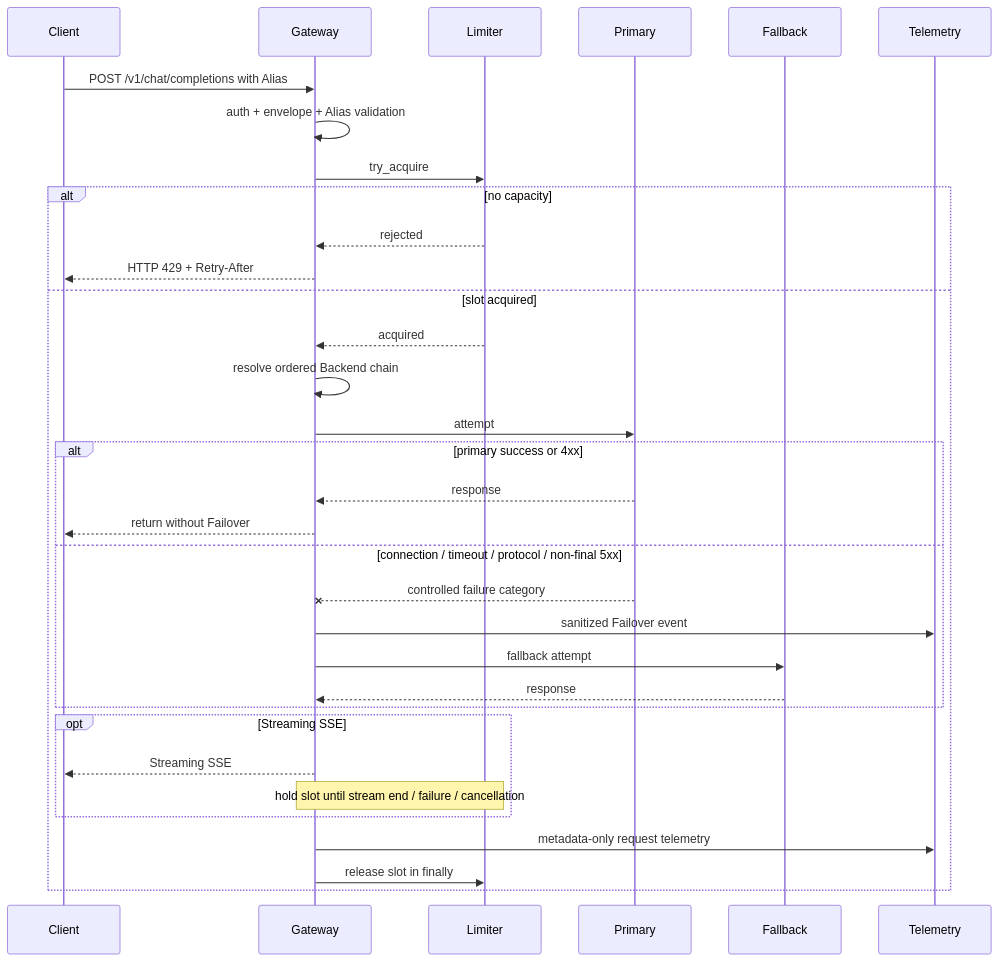
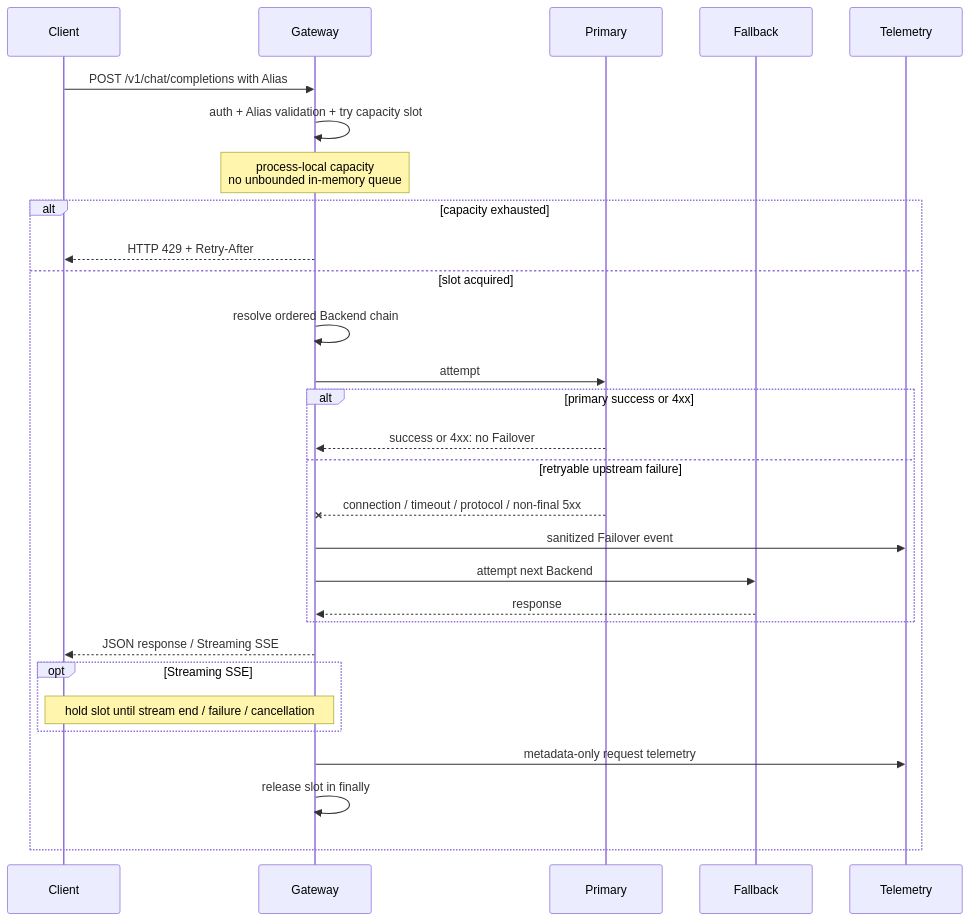
One commit to kuotunyu/local-inference-bench-gateway changed the second of 3 diagrams in README.md. Above: the diagram before and after it, drawn with Mermaid. The commit also changed other lines of this file and 1 other file, not shown here.

Commit message:
docs: improve README diagram readability

````diff
--- a/README.md
+++ b/README.md
@@ -71,36 +81,33 @@
 ```mermaid
+%%{init: {"themeVariables": {"fontSize": "17px"}, "sequence": {"actorFontSize": 17, "messageFontSize": 17, "noteFontSize": 16}}}%%
 sequenceDiagram
     participant Client
     participant Gateway
-    participant Limiter
     participant Primary
     participant Fallback
     participant Telemetry
 
     Client->>Gateway: POST /v1/chat/completions with Alias
-    Gateway->>Gateway: auth + envelope + Alias validation
-    Gateway->>Limiter: try_acquire
-    alt no capacity
-        Limiter-->>Gateway: rejected
+    Gateway->>Gateway: auth + Alias validation + try capacity slot
+    Note over Gateway: process-local capacity<br/>no unbounded in-memory queue
+    alt capacity exhausted
         Gateway-->>Client: HTTP 429 + Retry-After
     else slot acquired
-        Limiter-->>Gateway: acquired
         Gateway->>Gateway: resolve ordered Backend chain
         Gateway->>Primary: attempt
         alt primary success or 4xx
-            Primary-->>Gateway: response
-            Gateway-->>Client: return without Failover
-        else connection / timeout / protocol / non-final 5xx
-            Primary--xGateway: controlled failure category
+            Primary-->>Gateway: success or 4xx: no Failover
+        else retryable upstream failure
+            Primary--xGateway: connection / timeout / protocol / non-final 5xx
             Gateway->>Telemetry: sanitized Failover event
-            Gateway->>Fallback: fallback attempt
+            Gateway->>Fallback: attempt next Backend
             Fallback-->>Gateway: response
         end
+        Gateway-->>Client: JSON response / Streaming SSE
         opt Streaming SSE
-            Gateway-->>Client: Streaming SSE
-            Note over Gateway,Limiter: hold slot until stream end / failure / cancellation
+            Note over Client,Gateway: hold slot until stream end / failure / cancellation
         end
         Gateway->>Telemetry: metadata-only request telemetry
-        Gateway->>Limiter: release slot in finally
+        Gateway->>Gateway: release slot in finally
     end
 ```
````
